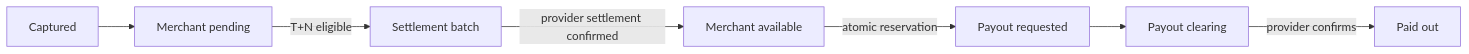
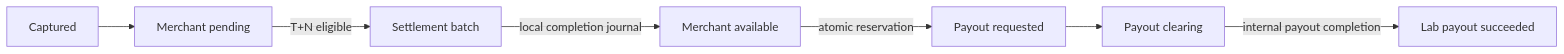
The diagram in docs/settlement-and-payout.md (daniel-tsx/fintech), drawn with Mermaid before and after one commit. The commit also changed 26 other files, not shown here.

````diff
--- a/docs/settlement-and-payout.md
+++ b/docs/settlement-and-payout.md
@@ -5,9 +5,9 @@
 ```mermaid
 flowchart LR
   C[Captured] --> MP[Merchant pending]
   MP -->|T+N eligible| S[Settlement batch]
-  S -->|provider settlement confirmed| MA[Merchant available]
+  S -->|local completion journal| MA[Merchant available]
   MA -->|atomic reservation| PR[Payout requested]
   PR --> PC[Payout clearing]
-  PC -->|provider confirms| PAID[Paid out]
+  PC -->|internal payout completion| PAID[Lab payout succeeded]
 ```
````
